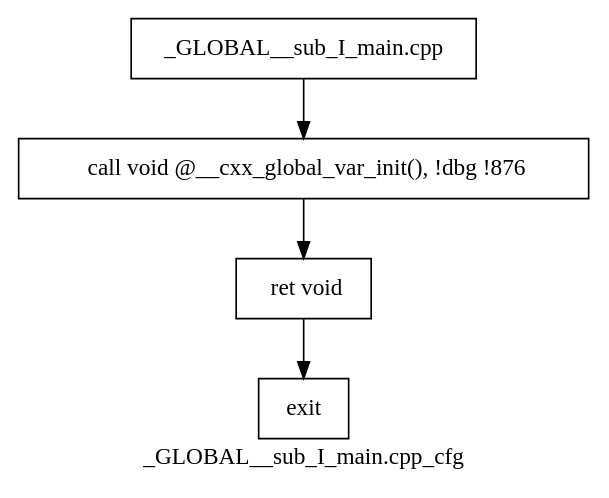
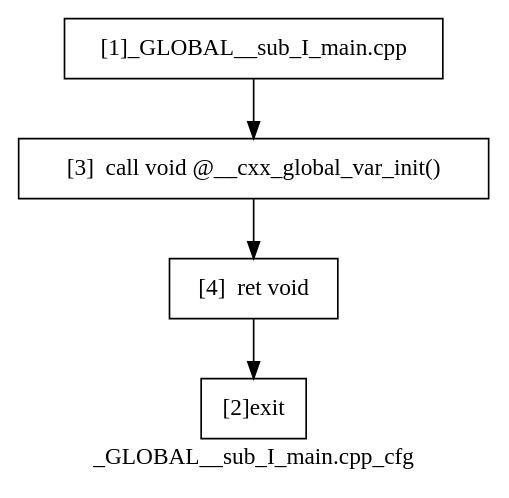
The diagram in pa_template/benchmark/bench5/_GLOBAL__sub_I_main.cpp_cfg.dot (Mike-Wilson22/Program-Analysis), drawn with Graphviz before and after one commit. The commit also changed 149 other files, not shown here.

```diff
--- a/pa_template/benchmark/bench5/_GLOBAL__sub_I_main.cpp_cfg.dot
+++ b/pa_template/benchmark/bench5/_GLOBAL__sub_I_main.cpp_cfg.dot
@@ -1,16 +1,16 @@
 digraph "_GLOBAL__sub_I_main.cpp_cfg"{
 	label="_GLOBAL__sub_I_main.cpp_cfg";
 
 
 	// Define the nodes
-	N1 [shape=rectangle, color=black,label="_GLOBAL__sub_I_main.cpp"];
-	N2 [shape=rectangle, color=black,label="exit"];
-	N3 [shape=rectangle, color=black,label="  call void @__cxx_global_var_init(), !dbg !876"];
-	N4 [shape=rectangle, color=black,label="  ret void"];
+	N1 [shape=rectangle, color=black,label="[1]_GLOBAL__sub_I_main.cpp"];
+	N2 [shape=rectangle, color=black,label="[2]exit"];
+	N3 [shape=rectangle, color=black,label="[3]  call void @__cxx_global_var_init()"];
+	N4 [shape=rectangle, color=black,label="[4]  ret void"];
 
 
 	// Define the edges
 	N1 -> N3[color=black,label=""];
 	N3 -> N4[color=black,label=""];
 	N4 -> N2[color=black,label=""];
 }
```
